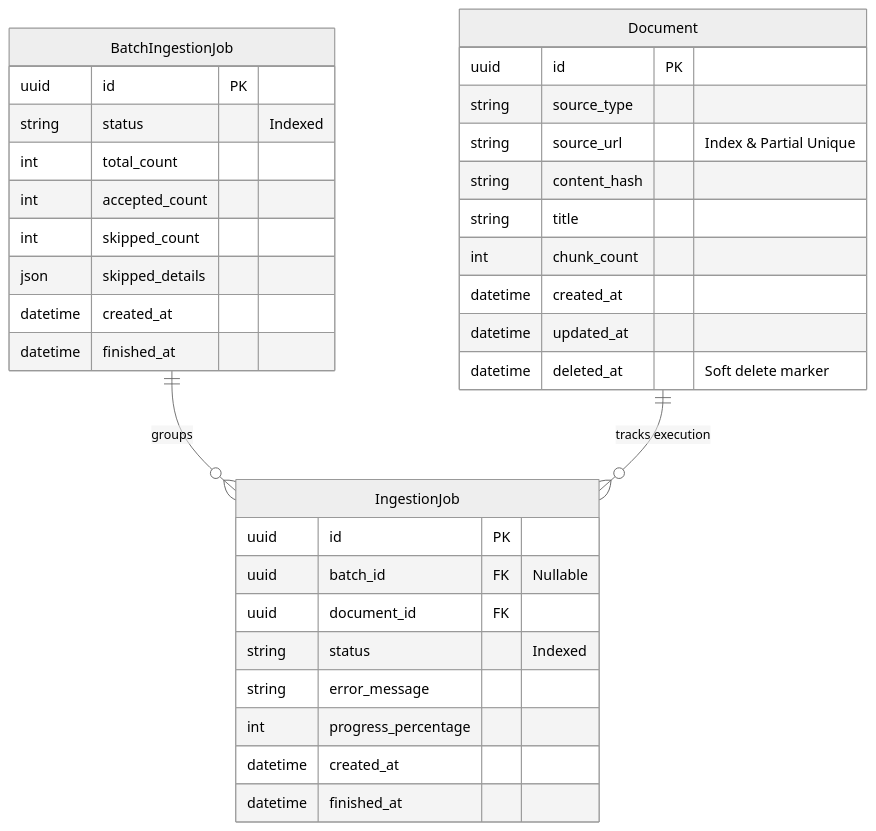
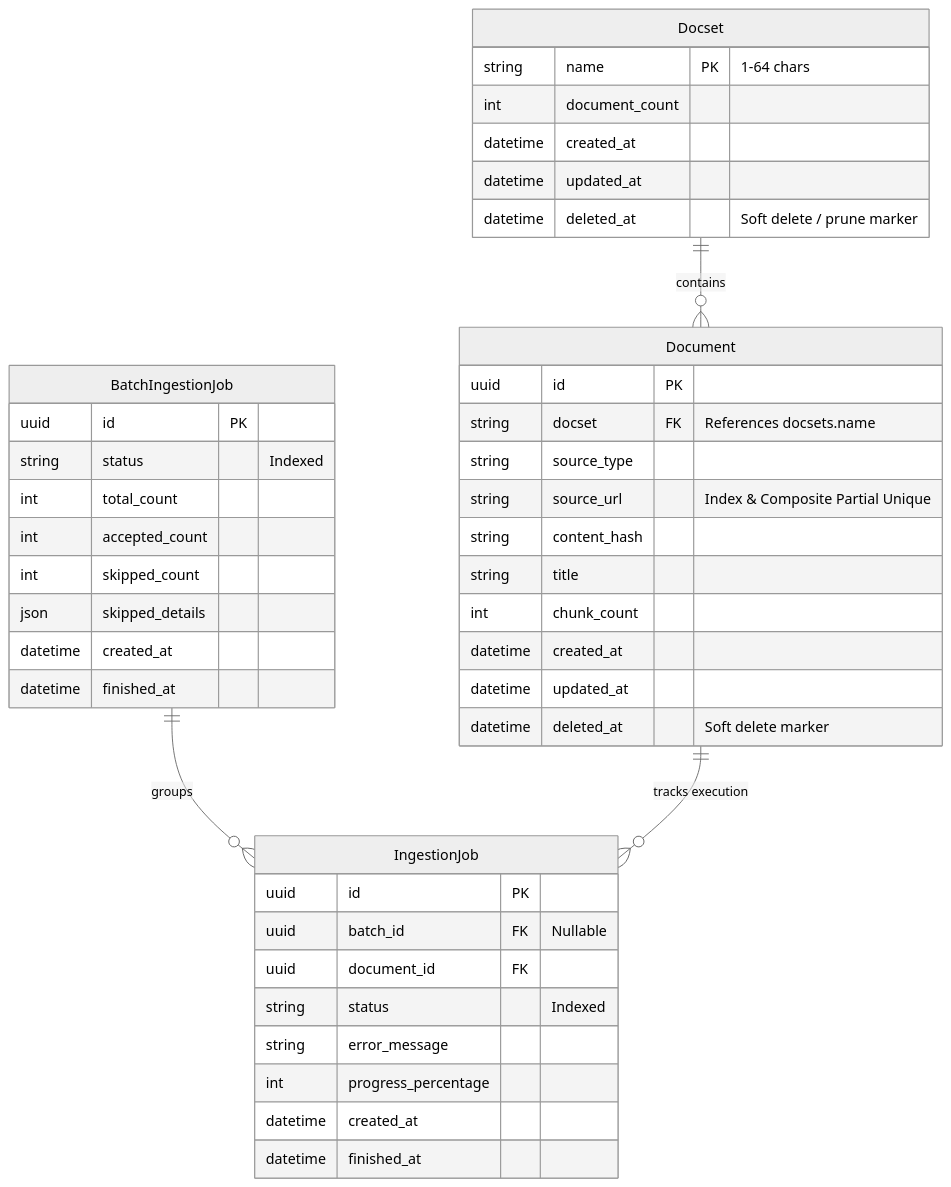
The first of 3 diagrams in README.md (duracellrabbid/librarian-pipeline), drawn with Mermaid (neutral theme) before and after one commit. The commit also changed other lines of this file and 1 other file, not shown here.

Commit message:
docs: update README with docsets architecture and API endpoints (tasks 6.1-6.3)

````diff
--- a/README.md
+++ b/README.md
@@ -65,36 +67,45 @@
 ```mermaid
 erDiagram
+    Docset ||--o{ Document : "contains"
     BatchIngestionJob ||--o{ IngestionJob : "groups"
     Document ||--o{ IngestionJob : "tracks execution"
+    Docset {
+        string name PK "1-64 chars"
+        int document_count
+        datetime created_at
+        datetime updated_at
+        datetime deleted_at "Soft delete / prune marker"
+    }
     BatchIngestionJob {
         uuid id PK
         string status "Indexed"
         int total_count
         int accepted_count
         int skipped_count
         json skipped_details
         datetime created_at
         datetime finished_at
     }
     Document {
         uuid id PK
+        string docset FK "References docsets.name"
         string source_type
-        string source_url "Index & Partial Unique"
+        string source_url "Index & Composite Partial Unique"
         string content_hash
         string title
         int chunk_count
         datetime created_at
         datetime updated_at
         datetime deleted_at "Soft delete marker"
     }
     IngestionJob {
         uuid id PK
         uuid batch_id FK "Nullable"
         uuid document_id FK
         string status "Indexed"
         string error_message
         int progress_percentage
         datetime created_at
         datetime finished_at
     }
 ```
````
